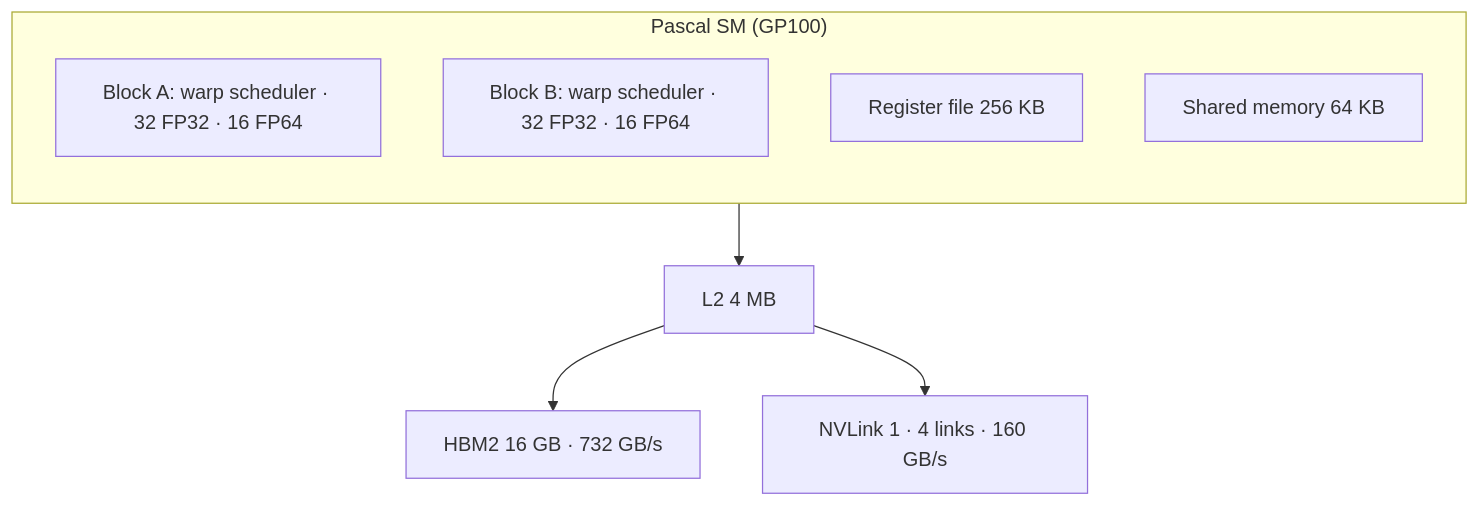
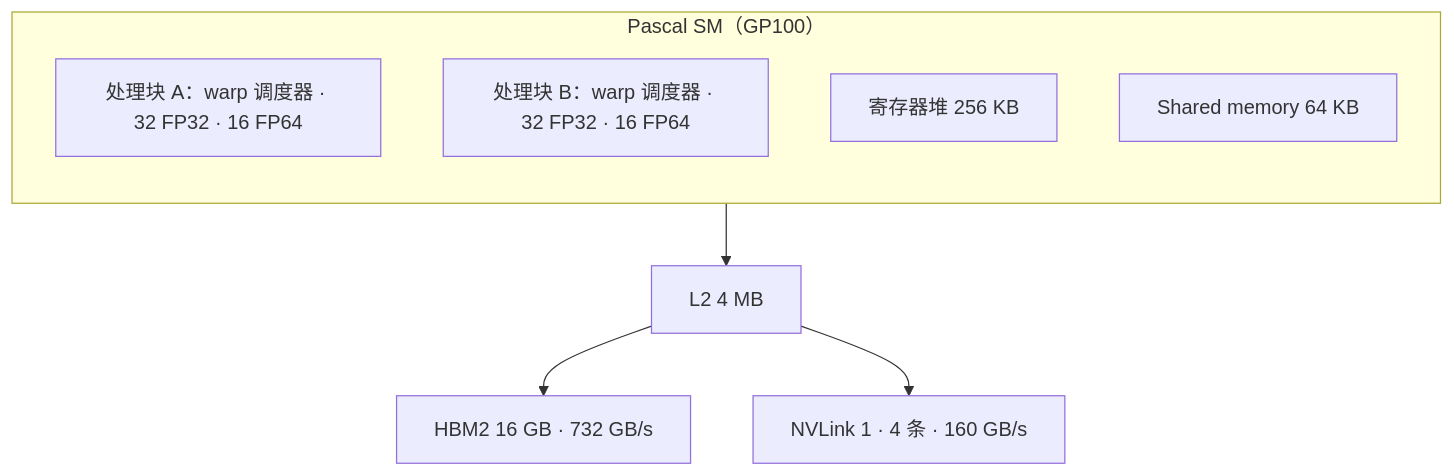
One commit to lxy-alexander/VoidIndex changed the ninth of 13 diagrams in src/content/posts/nvidia-gpu-architectures.md. Above: the diagram before and after it, drawn with Mermaid. The commit also changed other lines of this file and 4 other files, not shown here.

````diff
--- a/src/content/posts/nvidia-gpu-architectures.md
+++ b/src/content/posts/nvidia-gpu-architectures.md
@@ -143,12 +143,12 @@
 ```mermaid
 flowchart TB
-  subgraph SM["Pascal SM (GP100)"]
+  subgraph SM["Pascal SM（GP100）"]
     direction TB
-    B1["Block A: warp scheduler · 32 FP32 · 16 FP64"]
-    B2["Block B: warp scheduler · 32 FP32 · 16 FP64"]
-    RF["Register file 256 KB"]
+    B1["处理块 A：warp 调度器 · 32 FP32 · 16 FP64"]
+    B2["处理块 B：warp 调度器 · 32 FP32 · 16 FP64"]
+    RF["寄存器堆 256 KB"]
     SH["Shared memory 64 KB"]
   end
   SM --> L2["L2 4 MB"] --> HBM["HBM2 16 GB · 732 GB/s"]
-  L2 --> NV["NVLink 1 · 4 links · 160 GB/s"]
+  L2 --> NV["NVLink 1 · 4 条 · 160 GB/s"]
 ```
````
